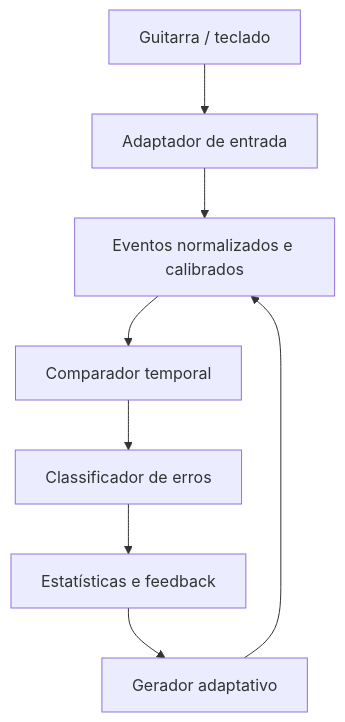
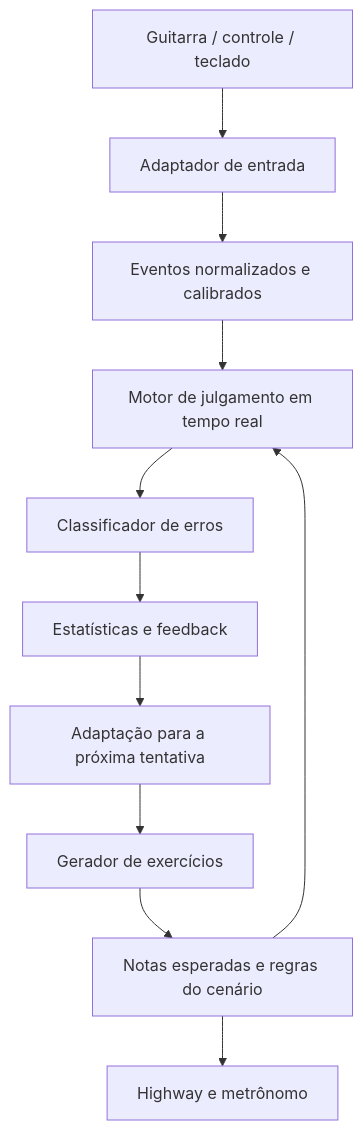
The diagram in docs/fretsense-idea.md (MatheusTF7/gh-rb-fretsense-wp), drawn with Mermaid before and after one commit. The commit also changed other lines of this file and 12 other files, not shown here.

````diff
--- a/docs/fretsense-idea.md
+++ b/docs/fretsense-idea.md
@@ -3,10 +19,13 @@
 ```mermaid
 flowchart TD
-    A["Guitarra / teclado"] --> B["Adaptador de entrada"]
+    A["Guitarra / controle / teclado"] --> B["Adaptador de entrada"]
     B --> C["Eventos normalizados e calibrados"]
-    C --> D["Comparador temporal"]
+    C --> D["Motor de julgamento em tempo real"]
+    G["Gerador de exercícios"] --> H["Notas esperadas e regras do cenário"]
+    H --> D
+    H --> I["Highway e metrônomo"]
     D --> E["Classificador de erros"]
     E --> F["Estatísticas e feedback"]
-    F --> G["Gerador adaptativo"]
-    G --> C
+    F --> J["Adaptação para a próxima tentativa"]
+    J --> G
 ```
````
